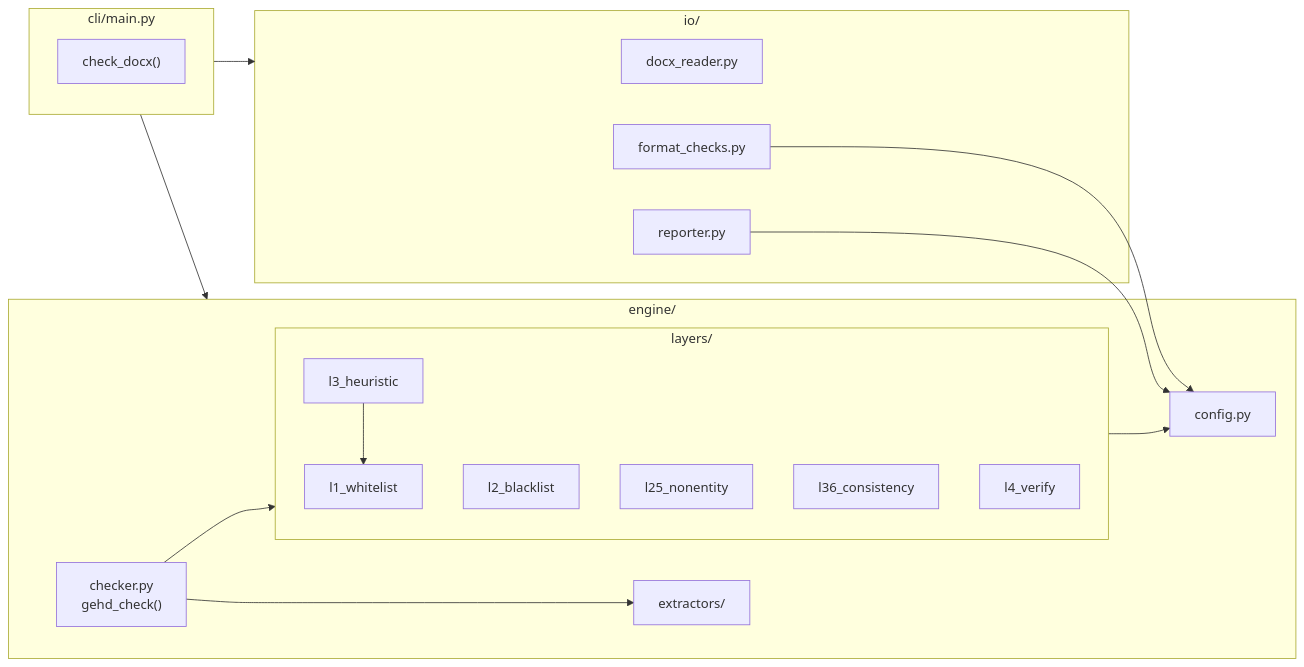
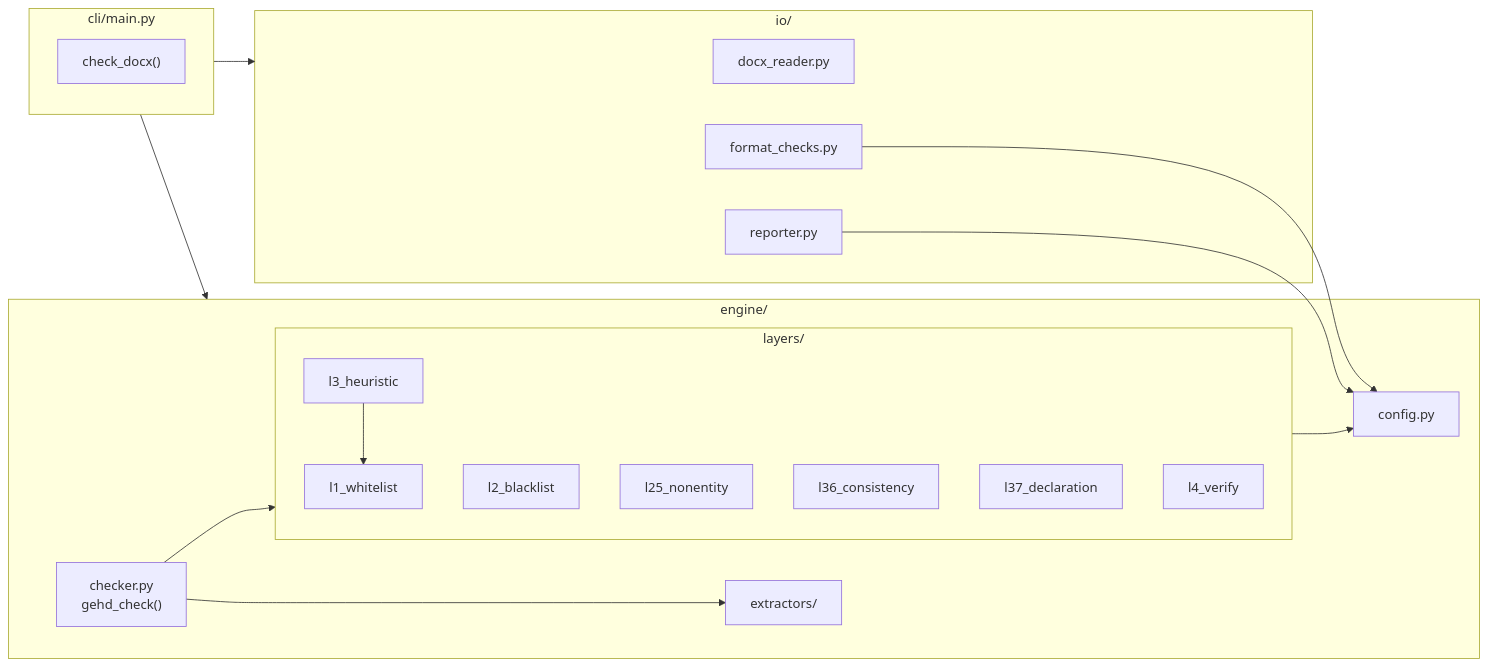
Before and after one commit to Virukicy/GEHD: the second of 2 diagrams in docs/architecture.md, drawn with Mermaid. The commit also changed other lines of this file and 6 other files, not shown here.

````diff
--- a/docs/architecture.md
+++ b/docs/architecture.md
@@ -121,35 +132,36 @@
 ```mermaid
 flowchart LR
     subgraph CLI["cli/main.py"]
         CHECK["check_docx()"]
     end
 
     subgraph IO["io/"]
         READER["docx_reader.py"]
         FMT["format_checks.py"]
         REP["reporter.py"]
     end
 
     subgraph ENGINE["engine/"]
         CHK["checker.py<br/>gehd_check()"]
         CFG["config.py"]
         EXT["extractors/"]
         subgraph LAYERS["layers/"]
             L1["l1_whitelist"]
             L2["l2_blacklist"]
             L25["l25_nonentity"]
             L3["l3_heuristic"]
             L36["l36_consistency"]
+            L37["l37_declaration"]
             L4["l4_verify"]
         end
     end
 
     CLI --> IO
     CLI --> ENGINE
     CHK --> EXT
     CHK --> LAYERS
     LAYERS --> CFG
     FMT --> CFG
     REP --> CFG
     L3 --> L1
 ```
````
